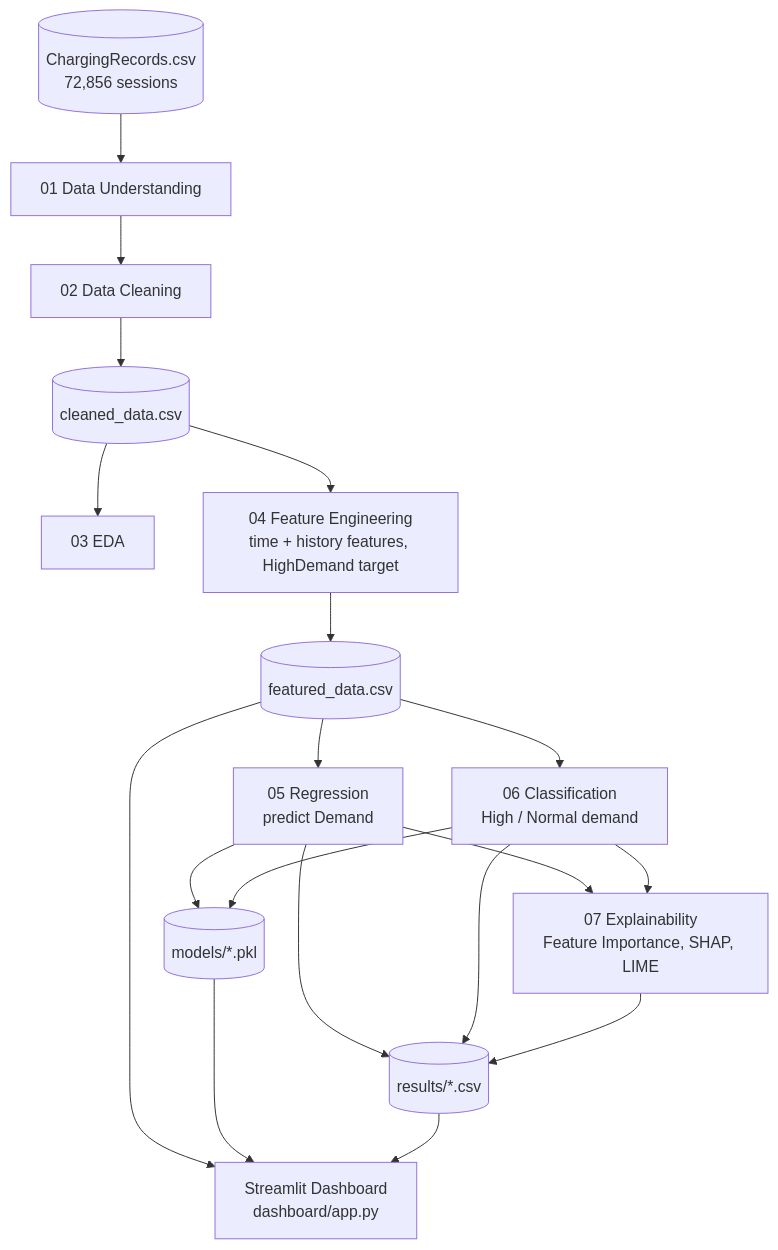
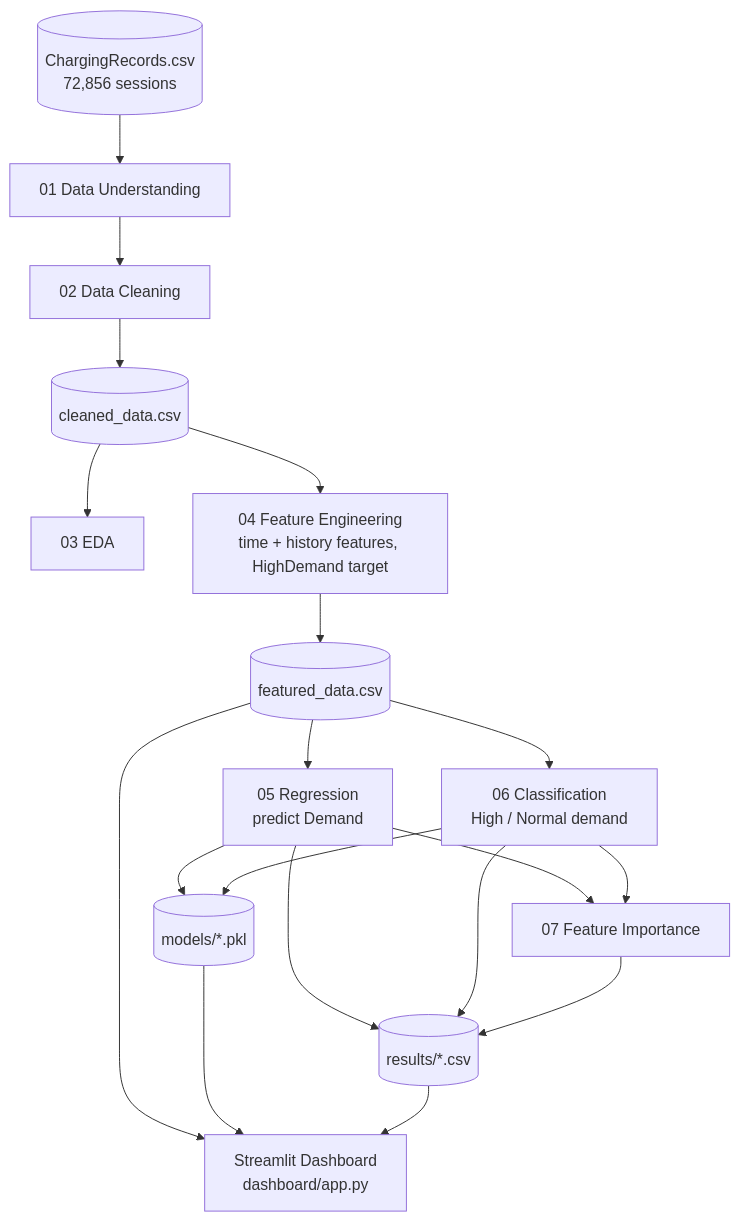
One commit to ssrikanthssk/EV_Charging_Demand_Analysis changed the diagram in README.md. Above: the diagram before and after it, drawn with Mermaid. The commit also changed other lines of this file and 7 other files, not shown here.

````diff
--- a/README.md
+++ b/README.md
@@ -137,21 +132,21 @@
 ```mermaid
 flowchart TD
     A[("ChargingRecords.csv<br/>72,856 sessions")] --> B["01 Data Understanding"]
     B --> C["02 Data Cleaning"]
     C --> D[("cleaned_data.csv")]
     D --> E["03 EDA"]
     D --> F["04 Feature Engineering<br/>time + history features, HighDemand target"]
     F --> G[("featured_data.csv")]
     G --> H["05 Regression<br/>predict Demand"]
     G --> I["06 Classification<br/>High / Normal demand"]
-    H --> K["07 Explainability<br/>Feature Importance, SHAP, LIME"]
+    H --> K["07 Feature Importance"]
     I --> K
     H --> M[("models/*.pkl")]
     I --> M
     H --> R[("results/*.csv")]
     I --> R
     K --> R
     G --> S["Streamlit Dashboard<br/>dashboard/app.py"]
     M --> S
     R --> S
 ```
````
